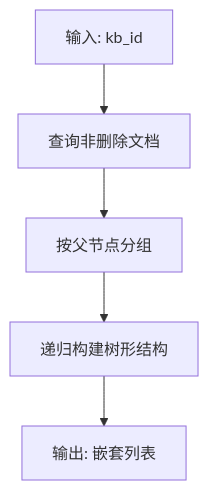
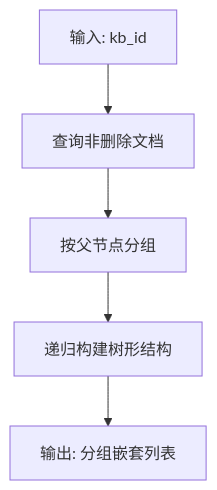
One commit to beyondalbert/my_wiki changed the sixth of 9 diagrams in .qoder/repowiki/zh/content/架构设计/蓝图系统设计/知识库蓝图 (Knowledge Base Blueprint).md. Above: the diagram before and after it, drawn with Mermaid. The commit also changed other lines of this file and 5 other files, not shown here.

````diff
--- a/.qoder/repowiki/zh/content/架构设计/蓝图系统设计/知识库蓝图 (Knowledge Base Blueprint).md
+++ b/.qoder/repowiki/zh/content/架构设计/蓝图系统设计/知识库蓝图 (Knowledge Base Blueprint).md
@@ -295,7 +319,7 @@
 ```mermaid
 flowchart TD
 A["输入: kb_id"] --> Q["查询非删除文档"]
 Q --> G["按父节点分组"]
 G --> R["递归构建树形结构"]
-R --> O["输出: 嵌套列表"]
+R --> O["输出: 分组嵌套列表"]
 ```
````
